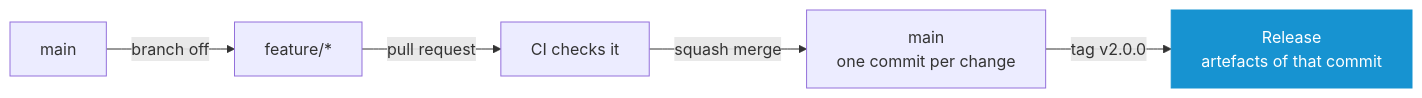
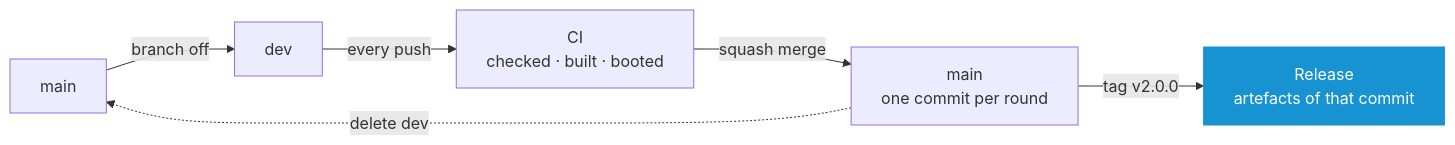
Before and after one commit to murkl/arch-os: the first of 2 diagrams in docs/CONTRIBUTING.md, drawn with Mermaid. The commit also changed other lines of this file and 12 other files, not shown here.

````diff
--- a/docs/CONTRIBUTING.md
+++ b/docs/CONTRIBUTING.md
@@ -9,9 +9,10 @@
 ```mermaid
 flowchart LR
-    M["main"] -->|branch off| F["feature/*"]
-    F -->|pull request| C["CI checks it"]
-    C -->|squash merge| M2["main<br/>one commit per change"]
+    M["main"] -->|branch off| D["dev"]
+    D -->|every push| C["CI<br/>checked · built · booted"]
+    C -->|squash merge| M2["main<br/>one commit per round"]
     M2 -->|tag v2.0.0| R["Release<br/>artefacts of that commit"]
+    M2 -.->|delete dev| M
 
     style R fill:#1793d1,stroke:#1793d1,color:#fff
 ```
````
